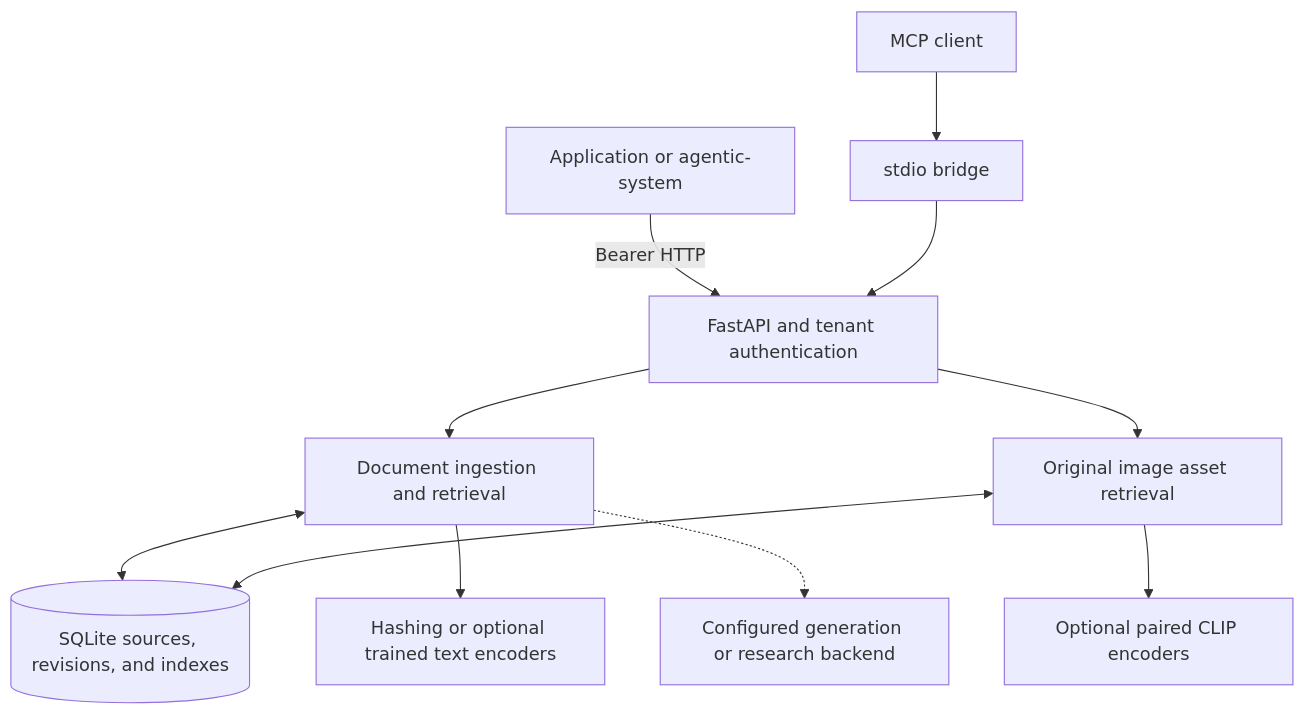
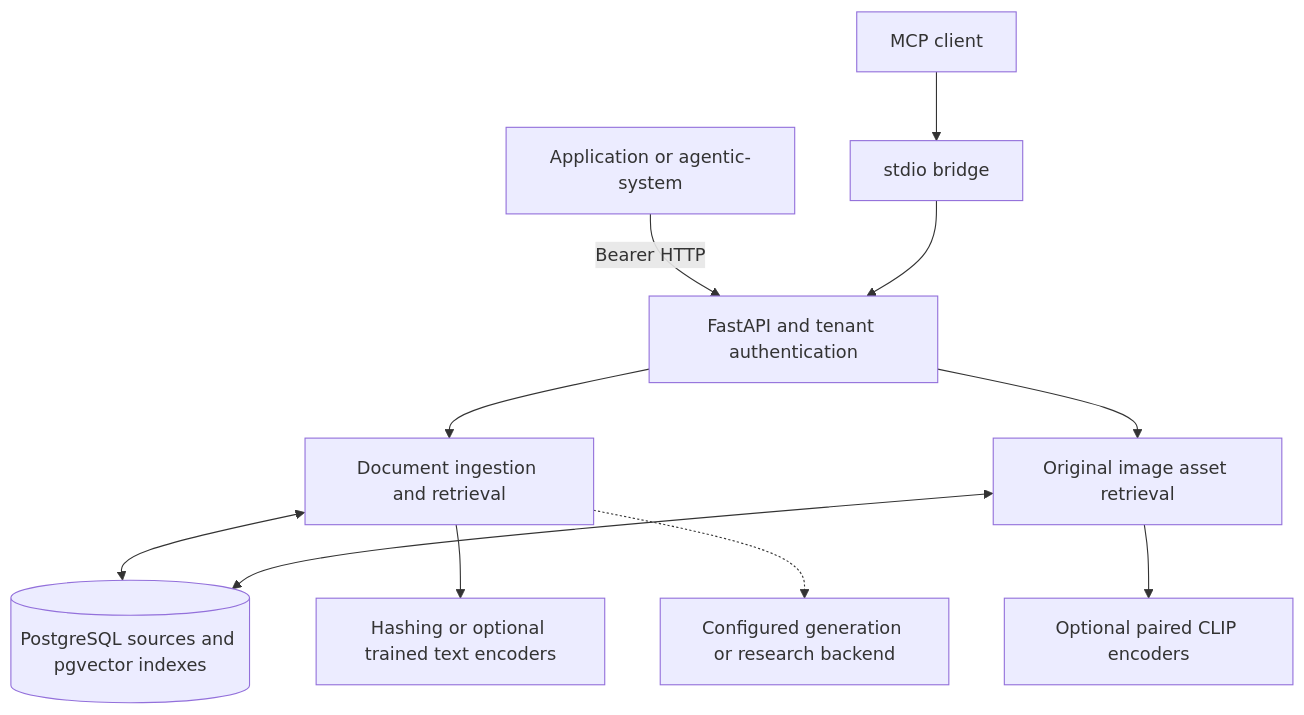
Before and after one commit to MasterLKH180cm/RAGs: the first of 3 diagrams in README.md, drawn with Mermaid. The commit also changed other lines of this file and 14 other files, not shown here.

````diff
--- a/README.md
+++ b/README.md
@@ -109,13 +140,13 @@
 ```mermaid
 flowchart TD
     App["Application or agentic-system"] -->|Bearer HTTP| API["FastAPI and tenant authentication"]
     Client["MCP client"] --> MCP["stdio bridge"]
     MCP --> API
     API --> Docs["Document ingestion and retrieval"]
     API --> Assets["Original image asset retrieval"]
-    Docs <--> DB[("SQLite sources, revisions, and indexes")]
+    Docs <--> DB[("PostgreSQL sources and pgvector indexes")]
     Assets <--> DB
     Docs --> Local["Hashing or optional trained text encoders"]
     Assets --> CLIP["Optional paired CLIP encoders"]
     Docs -.-> Models["Configured generation or research backend"]
 ```
````
